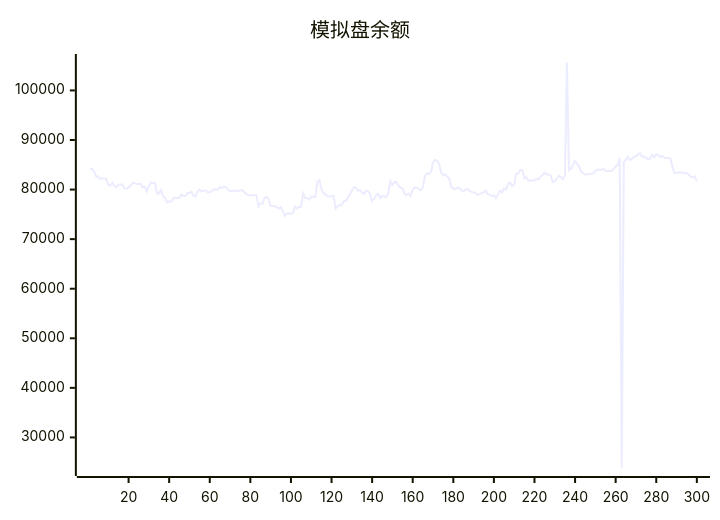
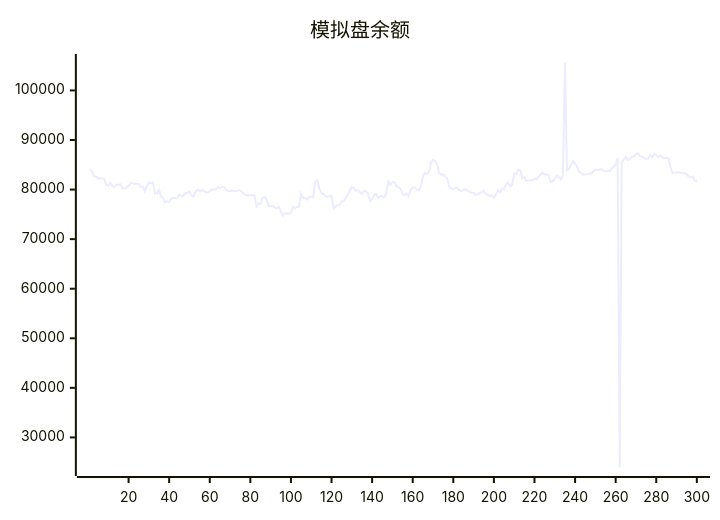
Before and after one commit to aahl/ai-trading: the diagram in README.md, drawn with Mermaid. The commit also changed other lines of this file and 1 other file, not shown here.

````diff
--- a/README.md
+++ b/README.md
@@ -5,5 +5,5 @@
 ```mermaid
 xychart
     title "模拟盘余额"
-    line [84160,84142,83652,82655,82655,82145,82315,82243,82163,80934,80770,81371,80742,80468,80989,80989,81067,80191,80155,80450,80737,81309,81309,81106,81119,81119,80471,80631,79624,80670,81448,81290,81429,79212,79222,79940,78643,78380,77432,77623,77504,78235,78358,78284,78277,79048,78714,78714,79290,79308,79567,78763,78563,79603,79988,79652,79813,79813,79476,79469,79673,79995,80015,80015,80486,80314,80600,80436,79966,79689,79689,79819,79692,79692,79850,79850,79518,79071,78889,78850,78850,78878,78878,76554,77202,77103,78357,78510,78106,76678,76677,76672,76411,76159,76485,75656,74695,75197,75246,75052,75334,76564,76179,76553,76551,79196,78300,78300,77944,78531,78531,78521,81564,81884,80160,79335,79055,78675,78580,78708,78764,76179,76586,76902,76876,77658,77669,78346,79023,79769,80497,80366,79761,79896,79448,79126,79749,79658,79097,77695,78114,78888,79126,78249,78738,78653,78478,79271,81680,80923,81488,81527,80681,80455,80190,79084,78879,79193,78686,79954,80403,80374,80118,79848,80491,82665,83351,83098,83525,85430,85983,85737,85221,83378,83014,83043,82613,82216,80477,80208,80081,80348,80277,79894,79670,79965,80093,79786,79542,79406,79371,78893,79087,79304,79406,79841,79072,78978,78696,78846,78272,79085,79787,79442,80198,80031,81120,81379,80718,80985,83214,83212,83993,83921,82270,82547,81776,81776,81866,81866,82158,82061,82596,83000,83408,83041,83050,82858,81503,81691,82188,82812,82517,82092,82901,105633,83898,84180,85030,85781,85178,84604,83569,83298,83008,83093,83107,83175,83228,83729,84025,84017,84019,84177,83775,83762,83785,83738,84160,84639,84939,86370,23934,85548,86046,86599,85942,86161,86622,86664,87115,87369,86666,86685,86384,86152,86243,86969,86548,87164,86885,86566,86809,86427,86348,86417,86273,84538,83299,83369,83430,83490,83404,83270,83362,83056,82605,82459,82614,81734]
+    line [84142,83652,82655,82655,82145,82315,82243,82163,80934,80770,81371,80742,80468,80989,80989,81067,80191,80155,80450,80737,81309,81309,81106,81119,81119,80471,80631,79624,80670,81448,81290,81429,79212,79222,79940,78643,78380,77432,77623,77504,78235,78358,78284,78277,79048,78714,78714,79290,79308,79567,78763,78563,79603,79988,79652,79813,79813,79476,79469,79673,79995,80015,80015,80486,80314,80600,80436,79966,79689,79689,79819,79692,79692,79850,79850,79518,79071,78889,78850,78850,78878,78878,76554,77202,77103,78357,78510,78106,76678,76677,76672,76411,76159,76485,75656,74695,75197,75246,75052,75334,76564,76179,76553,76551,79196,78300,78300,77944,78531,78531,78521,81564,81884,80160,79335,79055,78675,78580,78708,78764,76179,76586,76902,76876,77658,77669,78346,79023,79769,80497,80366,79761,79896,79448,79126,79749,79658,79097,77695,78114,78888,79126,78249,78738,78653,78478,79271,81680,80923,81488,81527,80681,80455,80190,79084,78879,79193,78686,79954,80403,80374,80118,79848,80491,82665,83351,83098,83525,85430,85983,85737,85221,83378,83014,83043,82613,82216,80477,80208,80081,80348,80277,79894,79670,79965,80093,79786,79542,79406,79371,78893,79087,79304,79406,79841,79072,78978,78696,78846,78272,79085,79787,79442,80198,80031,81120,81379,80718,80985,83214,83212,83993,83921,82270,82547,81776,81776,81866,81866,82158,82061,82596,83000,83408,83041,83050,82858,81503,81691,82188,82812,82517,82092,82901,105633,83898,84180,85030,85781,85178,84604,83569,83298,83008,83093,83107,83175,83228,83729,84025,84017,84019,84177,83775,83762,83785,83738,84160,84639,84939,86370,23934,85548,86046,86599,85942,86161,86622,86664,87115,87369,86666,86685,86384,86152,86243,86969,86548,87164,86885,86566,86809,86427,86348,86417,86273,84538,83299,83369,83430,83490,83404,83270,83362,83056,82605,82459,82614,81734,81788]
 ```
````
